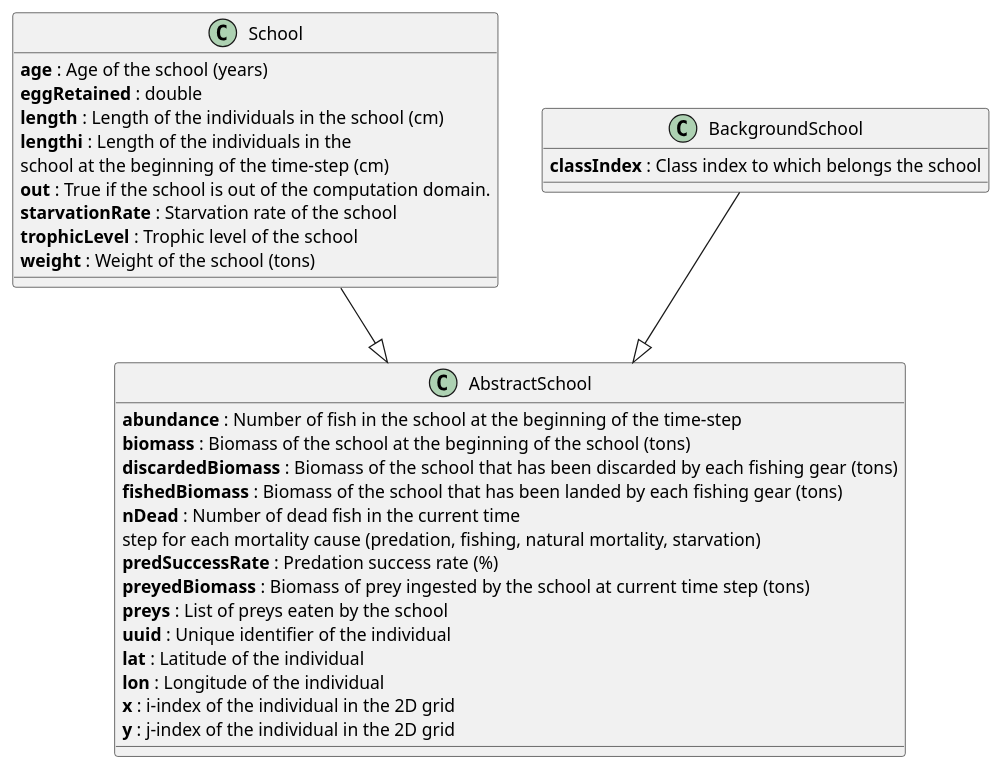
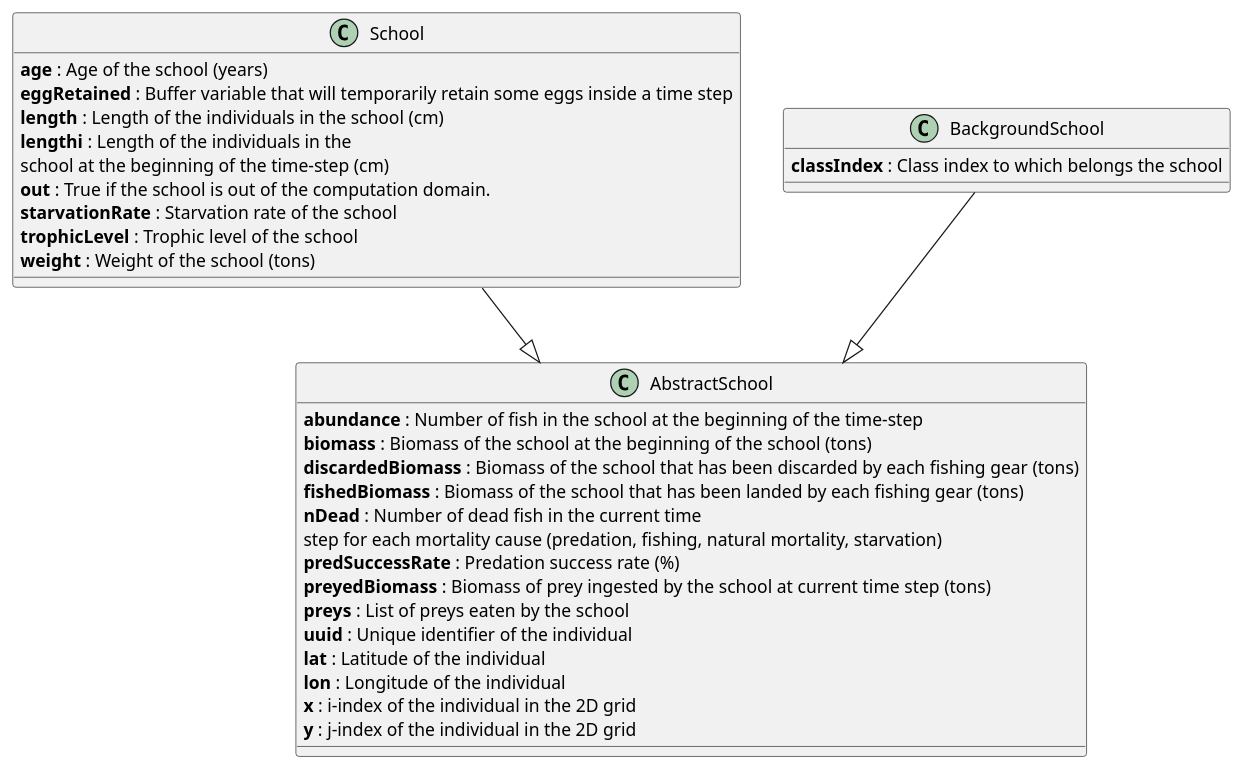
One commit to osmose-model/osmose changed the diagram in doc/odd_des/_static/school.puml. Above: the diagram before and after it, drawn with PlantUML. The commit also changed 1 other file, not shown here.

```diff
--- a/doc/odd_des/_static/school.puml
+++ b/doc/odd_des/_static/school.puml
@@ -1,40 +1,40 @@
 @startuml
 
 Class AbstractSchool {
 	{field} <b>abundance</b> : Number of fish in the school at the beginning of the time-step
 	{field} <b>biomass</b> : Biomass of the school at the beginning of the school (tons)
 	{field} <b>discardedBiomass</b> : Biomass of the school that has been discarded by each fishing gear (tons)
 	{field} <b>fishedBiomass</b> : Biomass of the school that has been landed by each fishing gear (tons)
 	{field} <b>nDead</b> : Number of dead fish in the current time \nstep for each mortality cause (predation, fishing, natural mortality, starvation)
 	{field} <b>predSuccessRate</b> : Predation success rate (%)
 	{field} <b>preyedBiomass</b> : Biomass of prey ingested by the school at current time step (tons)
 	{field} <b>preys</b> : List of preys eaten by the school
 	{field} <b>uuid</b> : Unique identifier of the individual
 	{field} <b>lat</b> : Latitude of the individual
     {field} <b>lon</b> : Longitude of the individual
 	{field} <b>x</b> : i-index of the individual in the 2D grid
 	{field} <b>y</b> : j-index of the individual in the 2D grid
 	' {field} <b>abundanceHasChanged</b> : boolean
 	' {field} <b>accessibility</b> : [D
 	' {field} <b>ageDeath</b> : [D
 }
 
 class School {
 	{field} <b>age</b> : Age of the school (years)
-	{field} <b>eggRetained</b> : double
+	{field} <b>eggRetained</b> : Buffer variable that will temporarily retain some eggs inside a time step
 	{field} <b>length</b> : Length of the individuals in the school (cm)
 	{field} <b>lengthi</b> : Length of the individuals in the \nschool at the beginning of the time-step (cm)
 	{field} <b>out</b> : True if the school is out of the computation domain.
 	{field} <b>starvationRate</b> : Starvation rate of the school
 	{field} <b>trophicLevel</b> : Trophic level of the school
 	{field} <b>weight</b> : Weight of the school (tons)
 }
 
 class BackgroundSchool {
 	{field} <b>classIndex</b> : Class index to which belongs the school
 }
 
 School --|> AbstractSchool
 BackgroundSchool --|> AbstractSchool
 
 @enduml
```
